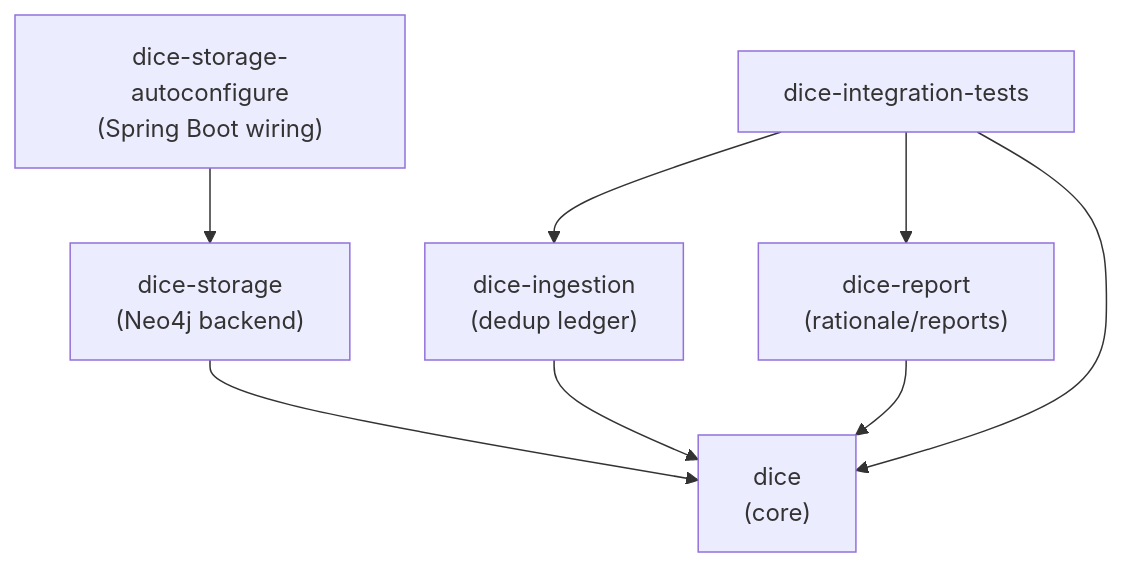
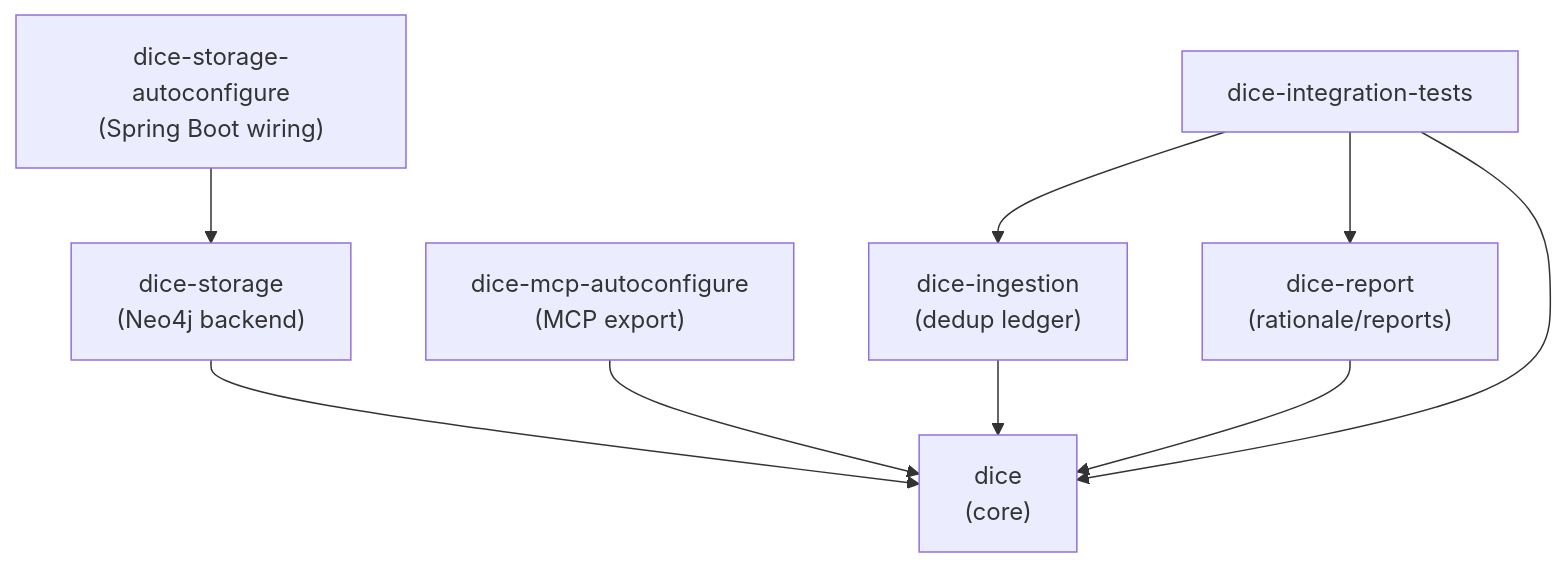
Before and after one commit to embabel/dice: the first of 6 diagrams in docs/design/architecture.md, drawn with Mermaid. The commit also changed other lines of this file and 15 other files, not shown here.

First line of the commit message:
feat(mcp): expose DICE tools for MCP server integration (fixes #5)

````diff
--- a/docs/design/architecture.md
+++ b/docs/design/architecture.md
@@ -21,17 +22,19 @@
 ```mermaid
 flowchart TB
     dice["dice<br/>(core)"]
     storage["dice-storage<br/>(Neo4j backend)"]
     autoconf["dice-storage-autoconfigure<br/>(Spring Boot wiring)"]
+    mcp["dice-mcp-autoconfigure<br/>(MCP export)"]
     ingestion["dice-ingestion<br/>(dedup ledger)"]
     report["dice-report<br/>(rationale/reports)"]
     itest["dice-integration-tests"]
 
     storage --> dice
     autoconf --> storage
+    mcp --> dice
     ingestion --> dice
     report --> dice
     itest --> dice
     itest --> ingestion
     itest --> report
 ```
````
